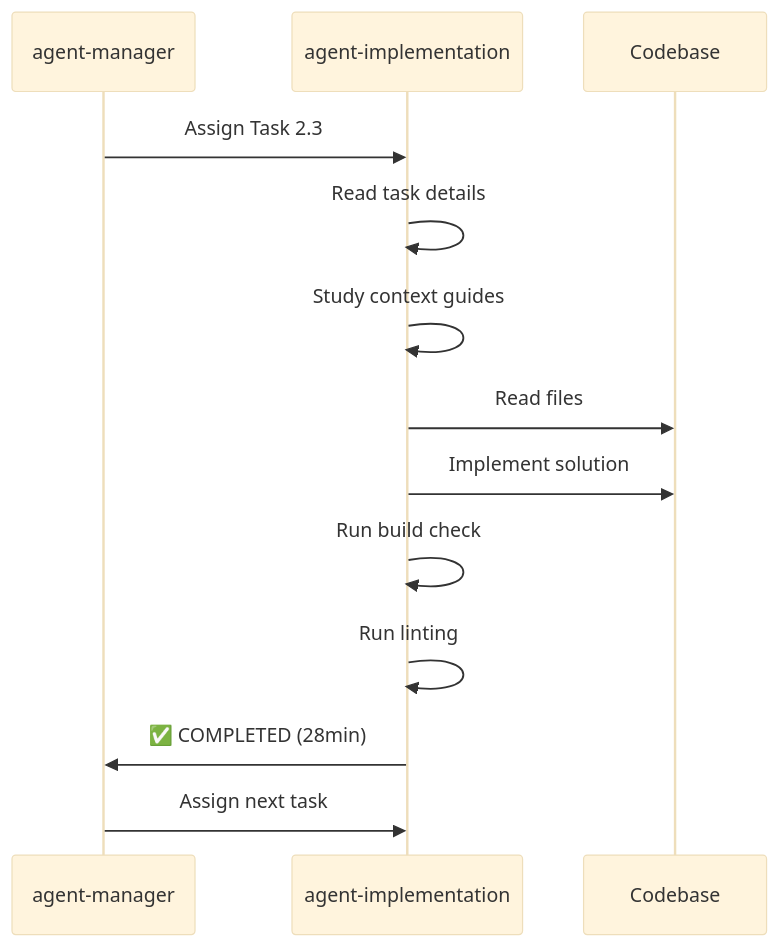
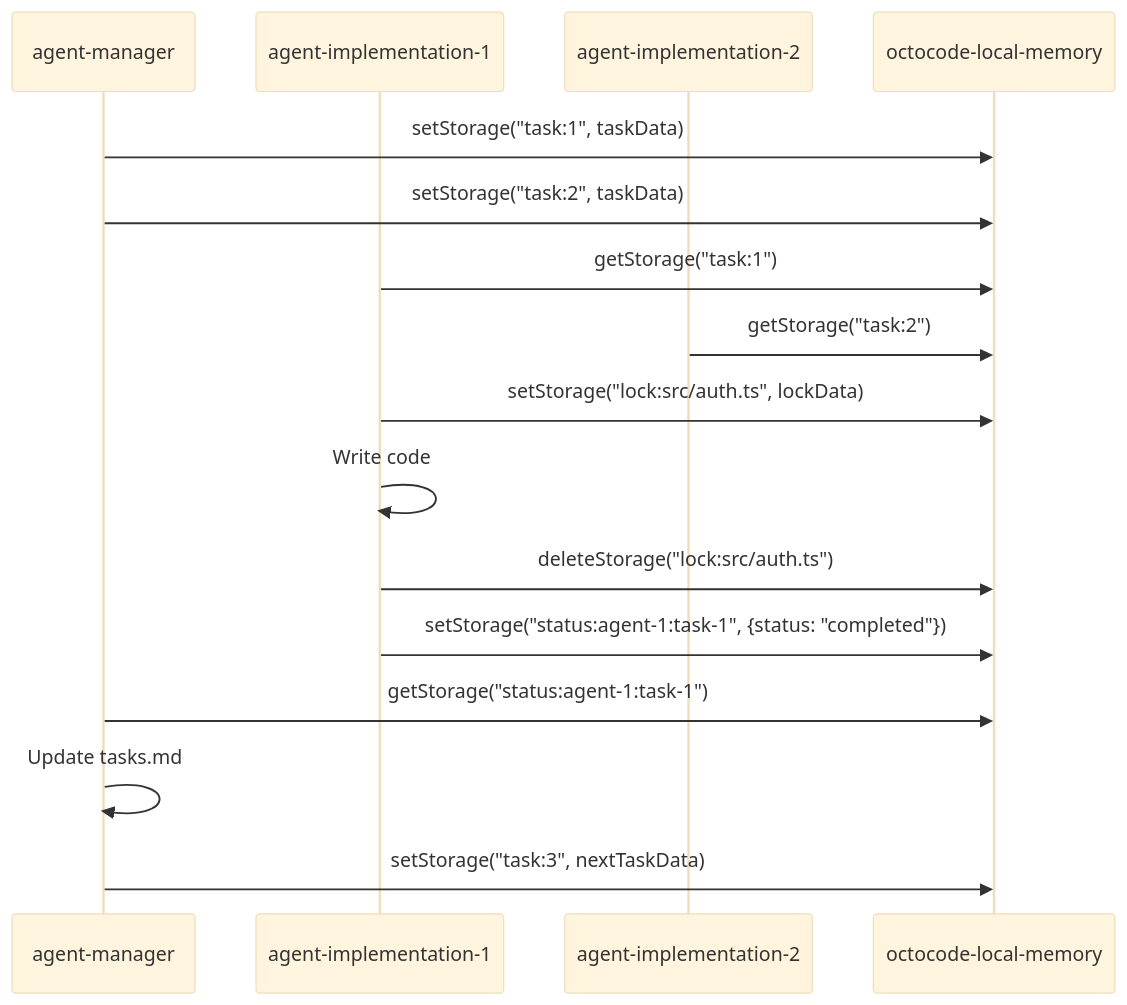
Before and after one commit to bgauryy/octocode-mcp: the second of 3 diagrams in octocode-claude-plugin/docs/FLOW.md, drawn with Mermaid (base theme). The commit also changed other lines of this file and 17 other files, not shown here.

````diff
--- a/octocode-claude-plugin/docs/FLOW.md
+++ b/octocode-claude-plugin/docs/FLOW.md
@@ -367,16 +256,23 @@
 ```mermaid
 sequenceDiagram
     participant Manager as agent-manager
-    participant Impl as agent-implementation
-    participant Files as Codebase
+    participant Impl1 as agent-implementation-1
+    participant Impl2 as agent-implementation-2
+    participant Storage as octocode-local-memory
 
-    Manager->>Impl: Assign Task 2.3
-    Impl->>Impl: Read task details
-    Impl->>Impl: Study context guides
-    Impl->>Files: Read files
-    Impl->>Files: Implement solution
-    Impl->>Impl: Run build check
-    Impl->>Impl: Run linting
-    Impl->>Manager: ✅ COMPLETED (28min)
-    Manager->>Impl: Assign next task
+    Manager->>Storage: setStorage("task:1", taskData)
+    Manager->>Storage: setStorage("task:2", taskData)
+
+    Impl1->>Storage: getStorage("task:1")
+    Impl2->>Storage: getStorage("task:2")
+
+    Impl1->>Storage: setStorage("lock:src/auth.ts", lockData)
+    Impl1->>Impl1: Write code
+    Impl1->>Storage: deleteStorage("lock:src/auth.ts")
+
+    Impl1->>Storage: setStorage("status:agent-1:task-1", {status: "completed"})
+
+    Manager->>Storage: getStorage("status:agent-1:task-1")
+    Manager->>Manager: Update tasks.md
+    Manager->>Storage: setStorage("task:3", nextTaskData)
 ```
````
